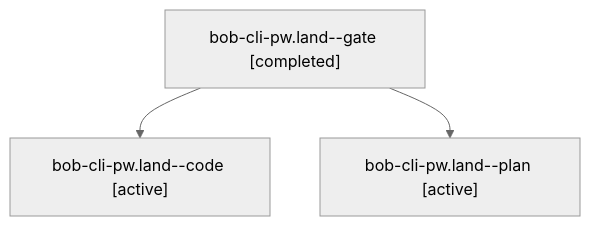
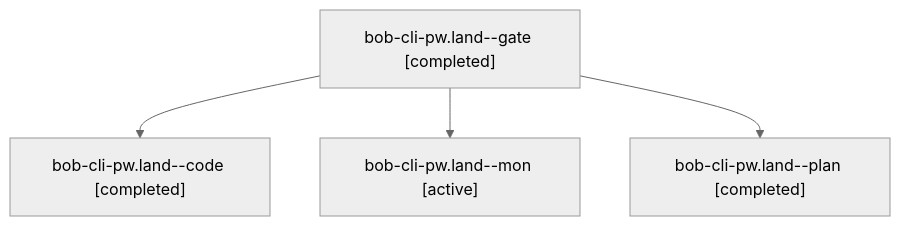
Before and after one commit to bobs-org/bob-cli--agents: the diagram in sessions/bbugyi200.apollo.bob-cli-pw.land.md, drawn with Mermaid (neutral theme). The commit also changed other lines of this file and 89 other files, not shown here.

````diff
--- a/sessions/bbugyi200.apollo.bob-cli-pw.land.md
+++ b/sessions/bbugyi200.apollo.bob-cli-pw.land.md
@@ -9,8 +9,10 @@
 ```mermaid
 flowchart TD
   n0["bob-cli-pw.land--gate [completed]"]
-  n1["bob-cli-pw.land--code [active]"]
+  n1["bob-cli-pw.land--code [completed]"]
   n0 --> n1
-  n2["bob-cli-pw.land--plan [active]"]
+  n2["bob-cli-pw.land--mon [active]"]
   n0 --> n2
+  n3["bob-cli-pw.land--plan [completed]"]
+  n0 --> n3
 ```
````
